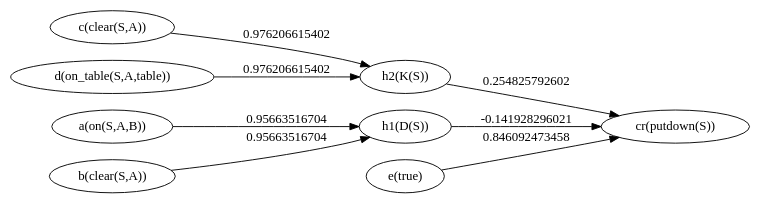
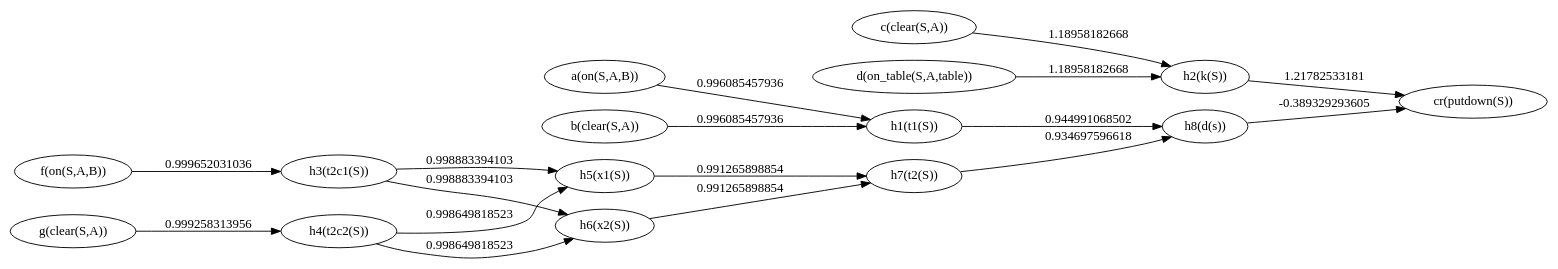
One commit to kkroy36/RelDN changed the diagram in RelNN/CRNN/NN_dot_file.dot. Above: the diagram before and after it, drawn with Graphviz. The commit also changed 18 other files, not shown here.

```diff
--- a/RelNN/CRNN/NN_dot_file.dot
+++ b/RelNN/CRNN/NN_dot_file.dot
@@ -1,9 +1,18 @@
 digraph G {rankdir=LR;
-"a(on(S,A,B))"->"h1(D(S))"[label = 0.95663516704]
-"b(clear(S,A))"->"h1(D(S))"[label = 0.95663516704]
-"c(clear(S,A))"->"h2(K(S))"[label = 0.976206615402]
-"d(on_table(S,A,table))"->"h2(K(S))"[label = 0.976206615402]
-"e(true)"->"cr(putdown(S))"[label = 0.846092473458]
-"h1(D(S))"->"cr(putdown(S))"[label = -0.141928296021]
-"h2(K(S))"->"cr(putdown(S))"[label = 0.254825792602]
+"a(on(S,A,B))"->"h1(t1(S))"[label = 0.996085457936]
+"b(clear(S,A))"->"h1(t1(S))"[label = 0.996085457936]
+"c(clear(S,A))"->"h2(k(S))"[label = 1.18958182668]
+"d(on_table(S,A,table))"->"h2(k(S))"[label = 1.18958182668]
+"f(on(S,A,B))"->"h3(t2c1(S))"[label = 0.999652031036]
+"g(clear(S,A))"->"h4(t2c2(S))"[label = 0.999258313956]
+"h1(t1(S))"->"h8(d(s))"[label = 0.944991068502]
+"h2(k(S))"->"cr(putdown(S))"[label = 1.21782533181]
+"h3(t2c1(S))"->"h5(x1(S))"[label = 0.998883394103]
+"h3(t2c1(S))"->"h6(x2(S))"[label = 0.998883394103]
+"h4(t2c2(S))"->"h5(x1(S))"[label = 0.998649818523]
+"h4(t2c2(S))"->"h6(x2(S))"[label = 0.998649818523]
+"h5(x1(S))"->"h7(t2(S))"[label = 0.991265898854]
+"h6(x2(S))"->"h7(t2(S))"[label = 0.991265898854]
+"h7(t2(S))"->"h8(d(s))"[label = 0.934697596618]
+"h8(d(s))"->"cr(putdown(S))"[label = -0.389329293605]
 }
```
